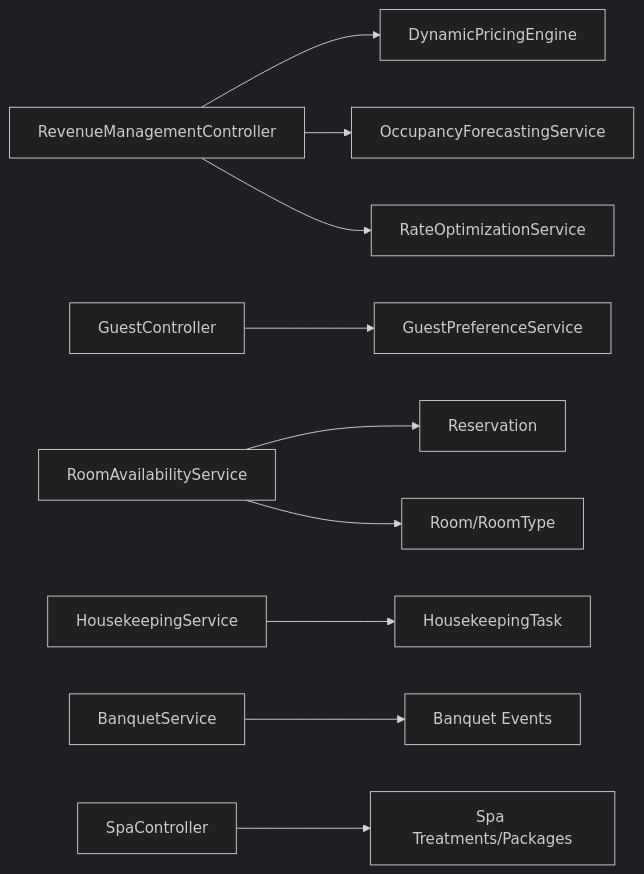
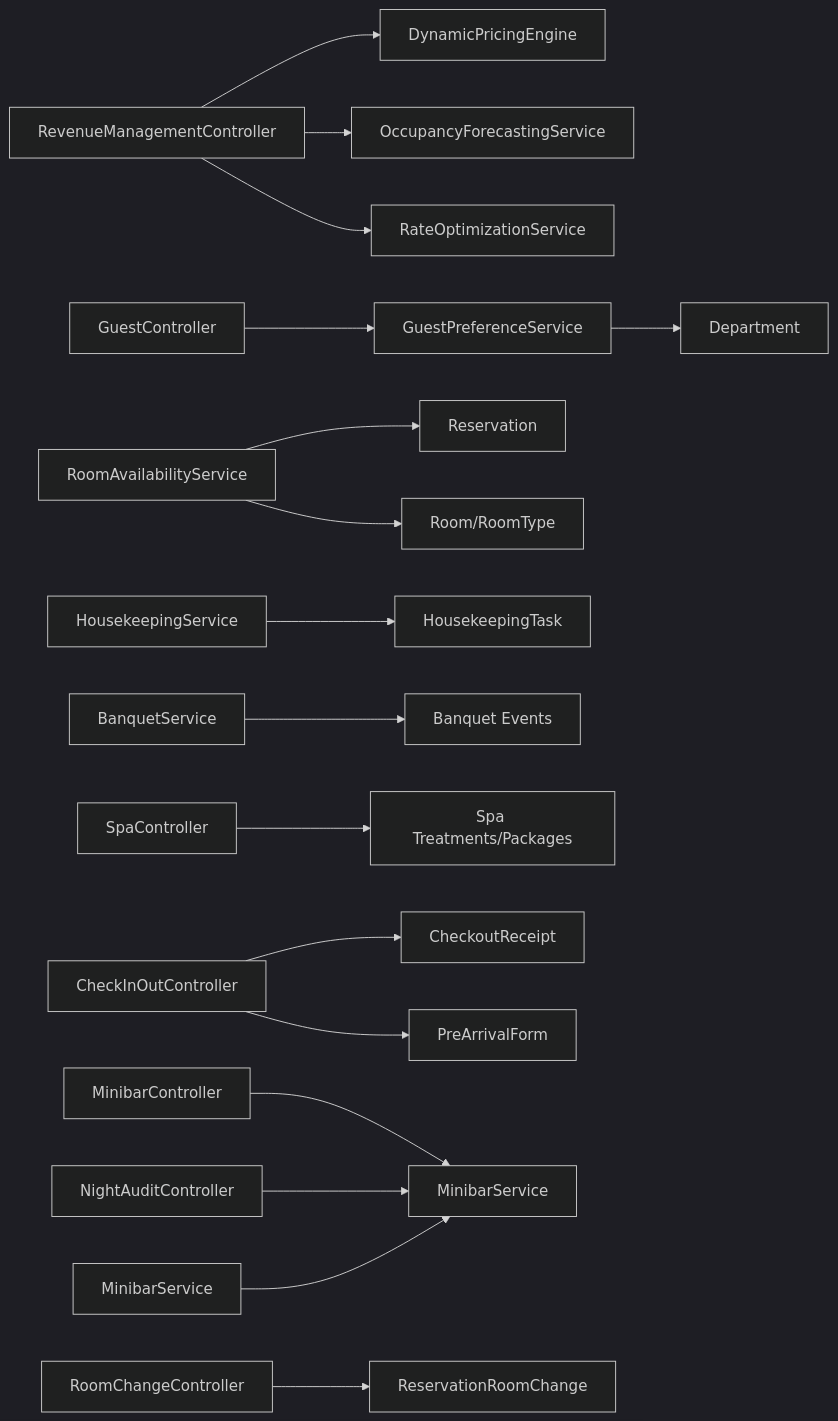
One commit to wahyudedik/qalcuityERP changed diagram 11 of 11 in .qoder/repowiki/en/content/Industry-Specific Modules/Hotel & Resort Management Module/Hotel & Resort Management Module.md. Above: the diagram before and after it, drawn with Mermaid (dark theme). The commit also changed other lines of this file and 626 other files, not shown here.

````diff
--- a/.qoder/repowiki/en/content/Industry-Specific Modules/Hotel & Resort Management Module/Hotel & Resort Management Module.md
+++ b/.qoder/repowiki/en/content/Industry-Specific Modules/Hotel & Resort Management Module/Hotel & Resort Management Module.md
@@ -409,12 +553,19 @@
 ```mermaid
 graph LR
 RM["RevenueManagementController"] --> DPE["DynamicPricingEngine"]
 RM --> OFS["OccupancyForecastingService"]
 RM --> ROS["RateOptimizationService"]
 GC["GuestController"] --> GAS["GuestPreferenceService"]
 RAS["RoomAvailabilityService"] --> ResModel["Reservation"]
 RAS --> RMModel["Room/RoomType"]
 HKS["HousekeepingService"] --> HKModel["HousekeepingTask"]
 BFS["BanquetService"] --> BanquetTables["Banquet Events"]
 SC["SpaController"] --> SpaTables["Spa Treatments/Packages"]
+CI["CheckInOutController"] --> ReceiptModel["CheckoutReceipt"]
+CI --> PreArrivalModel["PreArrivalForm"]
+MC["MinibarController"] --> MinibarModel["MinibarService"]
+RC["RoomChangeController"] --> RoomChangeModel["ReservationRoomChange"]
+NAC["NightAuditController"] --> MinibarModel
+MBS["MinibarService"] --> MinibarModel
+GAS --> DeptModel["Department"]
 ```
````
